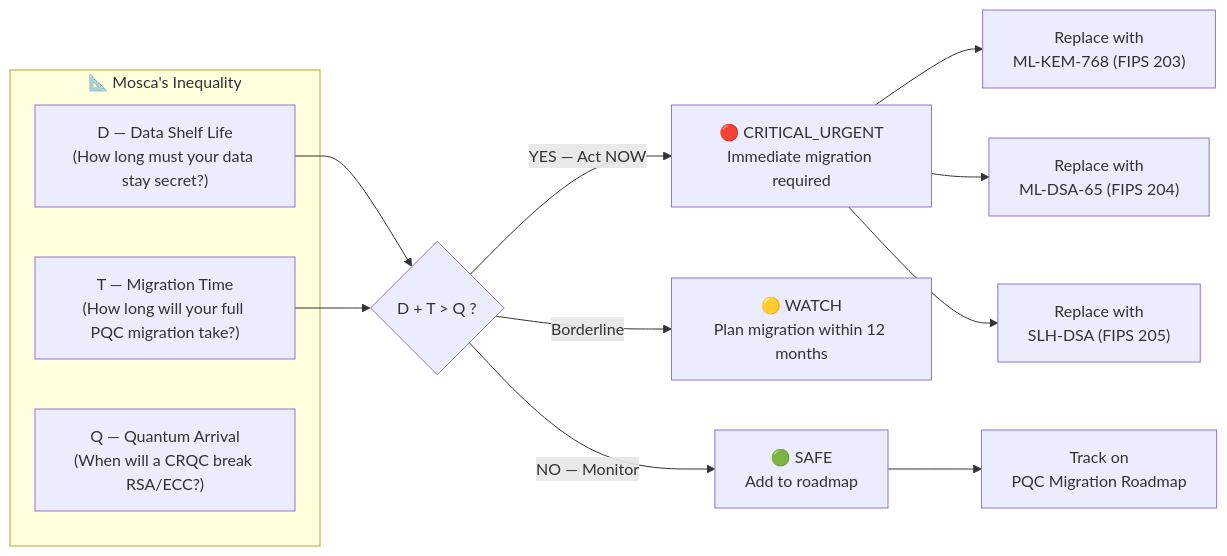
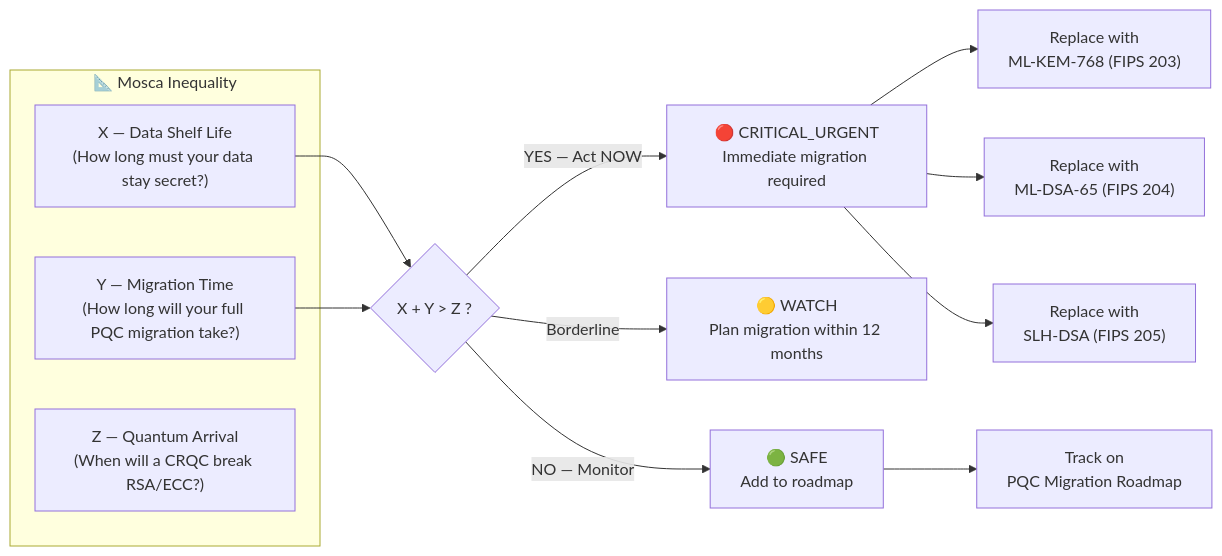
One commit to jeevanchandrashekhar31-a11y/ECDAT changed the second of 4 diagrams in README.md. Above: the diagram before and after it, drawn with Mermaid. The commit also changed other lines of this file, not shown here.

````diff
--- a/README.md
+++ b/README.md
@@ -183,18 +151,18 @@
 ```mermaid
 graph LR
-    subgraph "📐 Mosca's Inequality"
-        D["D — Data Shelf Life<br/>(How long must your data stay secret?)"]
-        T["T — Migration Time<br/>(How long will your full PQC migration take?)"]
-        Q["Q — Quantum Arrival<br/>(When will a CRQC break RSA/ECC?)"]
+    subgraph "📐 Mosca Inequality"
+        X["X — Data Shelf Life<br/>(How long must your data stay secret?)"]
+        Y["Y — Migration Time<br/>(How long will your full PQC migration take?)"]
+        Z["Z — Quantum Arrival<br/>(When will a CRQC break RSA/ECC?)"]
     end
 
-    D & T --> CALC{"D + T > Q ?"}
+    X & Y --> CALC{"X + Y > Z ?"}
     CALC -->|"YES — Act NOW"| CRIT["🔴 CRITICAL_URGENT<br/>Immediate migration required"]
     CALC -->|"Borderline"| WATCH["🟡 WATCH<br/>Plan migration within 12 months"]
     CALC -->|"NO — Monitor"| SAFE["🟢 SAFE<br/>Add to roadmap"]
 
     CRIT --> ML_KEM["Replace with<br/>ML-KEM-768 (FIPS 203)"]
     CRIT --> ML_DSA["Replace with<br/>ML-DSA-65 (FIPS 204)"]
     CRIT --> SLH_DSA["Replace with<br/>SLH-DSA (FIPS 205)"]
     SAFE --> MONITOR["Track on<br/>PQC Migration Roadmap"]
 ```
````
